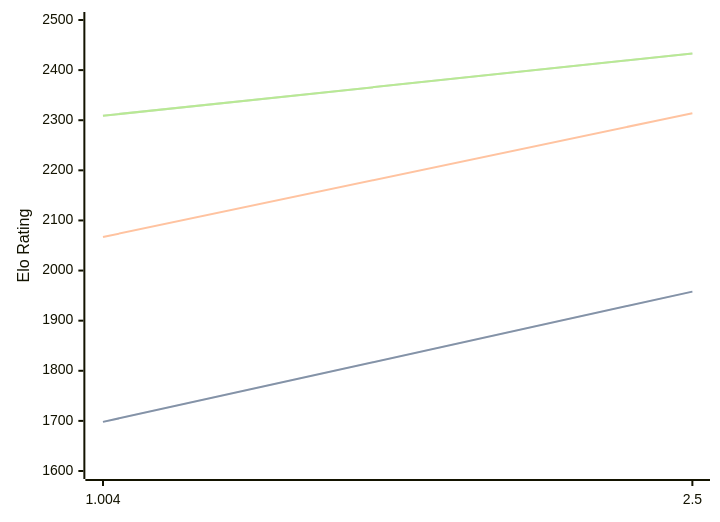
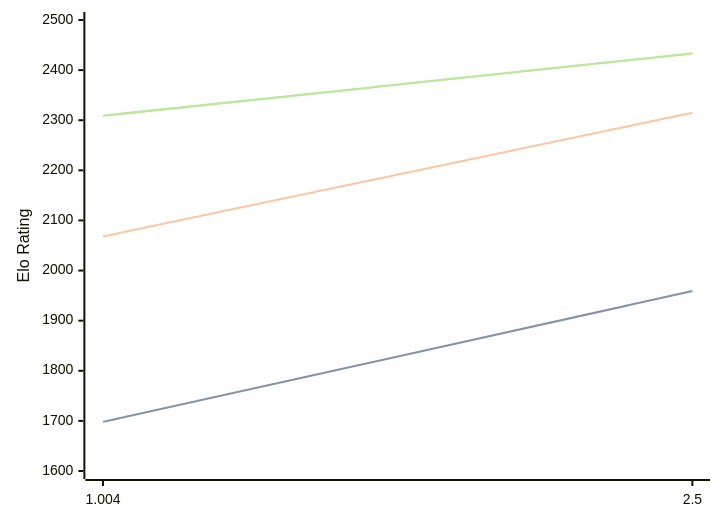
Before and after one commit to computer-chess-index/cci: the third of 3 diagrams in engines/Ares.md, drawn with Mermaid. The commit also changed other lines of this file, not shown here.

````diff
--- a/engines/Ares.md
+++ b/engines/Ares.md
@@ -65,11 +65,11 @@
 ```mermaid
 %%{init: {"theme":"base","themeVariables":{"seriesColors:['#a3a3a3','#222221','#faa371']}}}%%
 xychart-beta
   x-axis ["1.004", "2.5"]
   y-axis "Elo Rating" 1600 --> 2500
-  line "STC (8.0+0.08s)" [1698, 1958]
-  line "STC (8.0+0.08s)" [1698, 1958]
-  line "LTC (60.0+0.60s)" [2067, 2314]
+  line "STC (8.0+0.08s)" [1698, 1959]
+  line "STC (8.0+0.08s)" [1698, 1959]
+  line "LTC (60.0+0.60s)" [2068, 2315]
   line "VLTC (2m24s+1.12s)" [2309, 2433]
   line "VLTC (2m24s+1.12s)" [2309, 2433]
 ```
````
